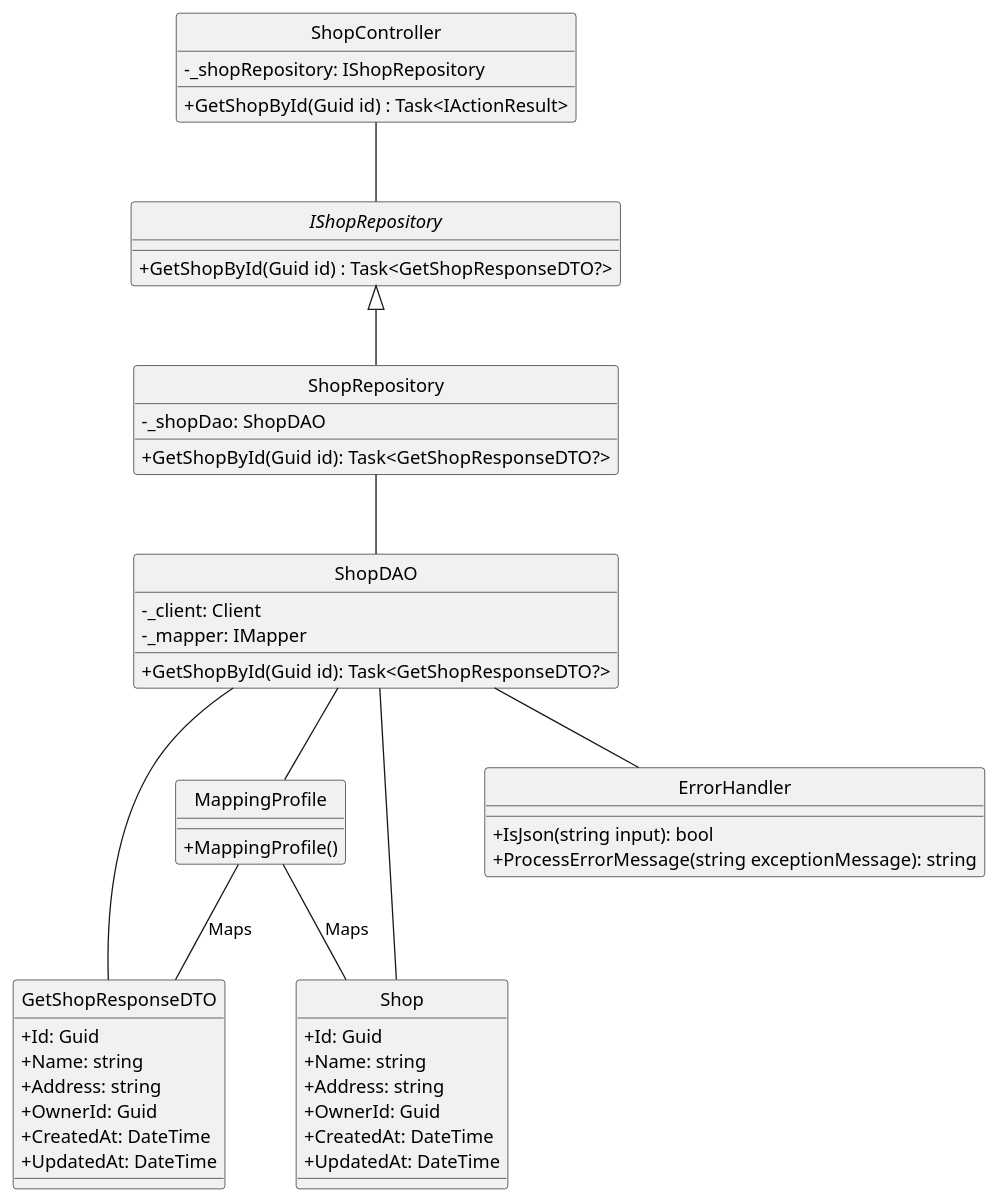
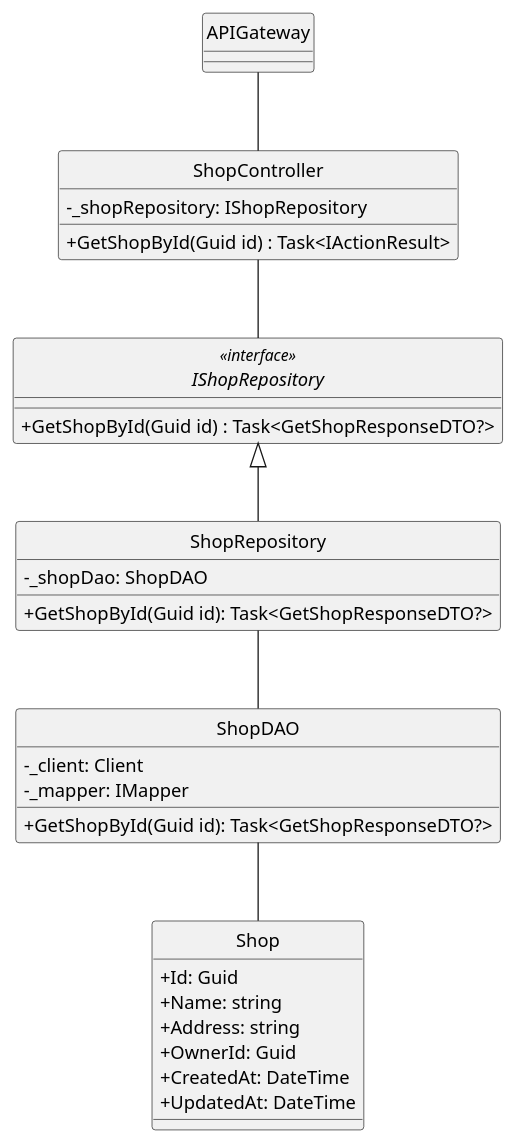
Before and after one commit to minhnhut23/FPT-OBOMS: the diagram in docs/ClassDiagram/Shop/GetShopById.plantuml, drawn with PlantUML. The commit also changed 86 other files, not shown here.

Commit message:
update 6 class-diagram

```diff
--- a/docs/ClassDiagram/Shop/GetShopById.plantuml
+++ b/docs/ClassDiagram/Shop/GetShopById.plantuml
@@ -1,63 +1,43 @@
 @startuml
 hide circle
 skinparam classAttributeIconSize 0
+
+class APIGateway {
+}
+
 
 class ShopController {
     - _shopRepository: IShopRepository
     + GetShopById(Guid id) : Task<IActionResult> 
 }
 
-interface IShopRepository {
+interface IShopRepository<<interface>> {
     + GetShopById(Guid id) : Task<GetShopResponseDTO?> 
 }
 
 class ShopRepository {
     - _shopDao: ShopDAO
     + GetShopById(Guid id): Task<GetShopResponseDTO?>
 }
 
 class ShopDAO {
     - _client: Client
     - _mapper: IMapper
     + GetShopById(Guid id): Task<GetShopResponseDTO?> 
 }
 
-class GetShopResponseDTO {
-    + Id: Guid
-    + Name: string
-    + Address: string
-    + OwnerId: Guid
-    + CreatedAt: DateTime
-    + UpdatedAt: DateTime
-}
-
 class Shop {
     + Id: Guid
     + Name: string
     + Address: string
     + OwnerId: Guid
     + CreatedAt: DateTime
     + UpdatedAt: DateTime
 }
 
-class MappingProfile {
-  + MappingProfile()
-}
-
-class ErrorHandler {
-    + IsJson(string input): bool
-    + ProcessErrorMessage(string exceptionMessage): string
-}
-
+APIGateway -- ShopController
 ShopController -- IShopRepository
 IShopRepository <|-- ShopRepository
 ShopRepository -- ShopDAO
 ShopDAO -- Shop
-ShopDAO -- GetShopResponseDTO
-ShopDAO -- MappingProfile
-ShopDAO -- ErrorHandler
-
-MappingProfile -- Shop : Maps
-MappingProfile -- GetShopResponseDTO : Maps
-
 @enduml
```
